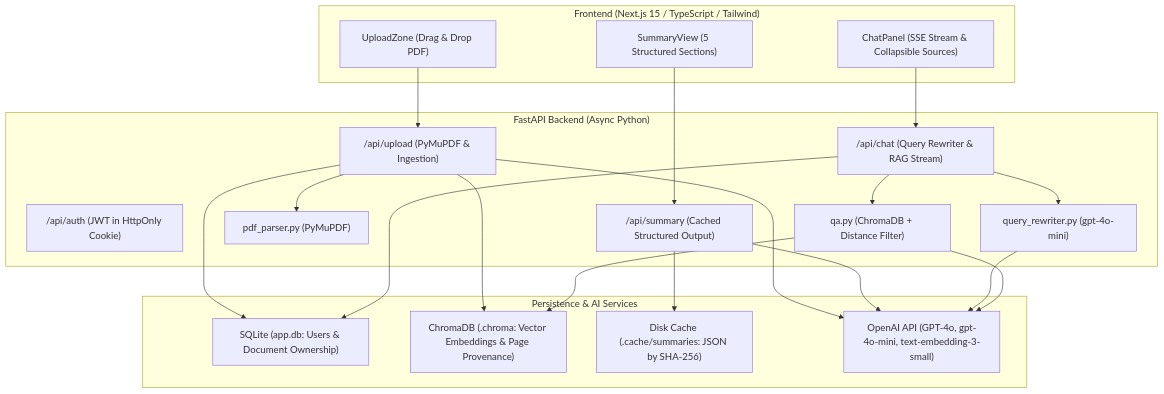
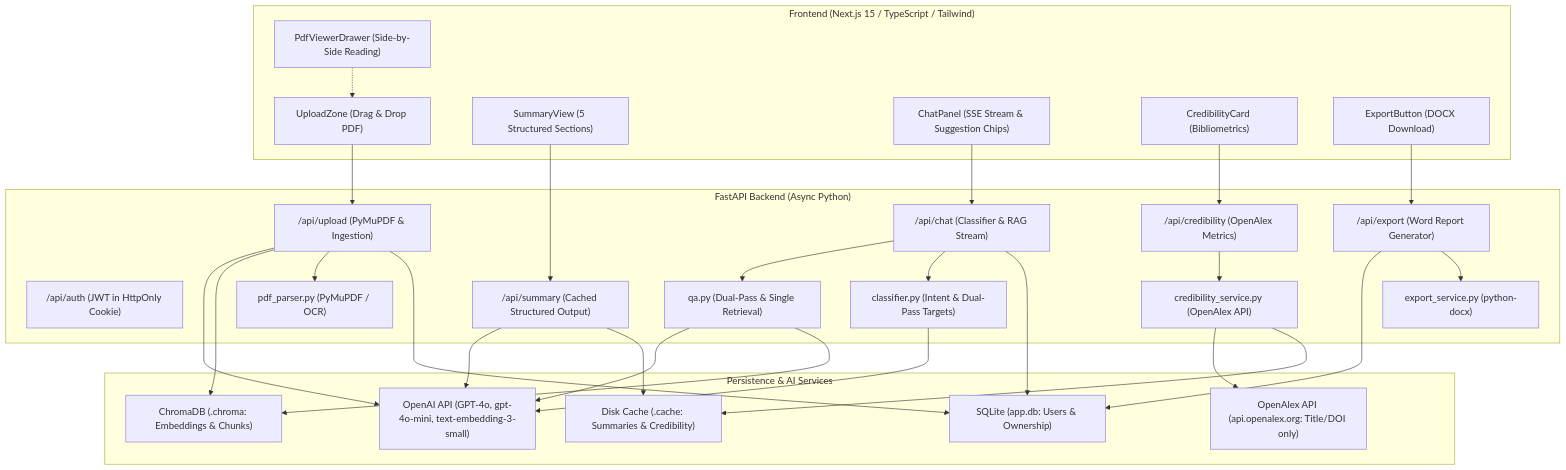
Before and after one commit to ManujanaR/Research-assistant: the first of 2 diagrams in README.md, drawn with Mermaid. The commit also changed other lines of this file, not shown here.

Commit message:
docs: update README with multi-section retrieval, architecture, and test counts

````diff
--- a/README.md
+++ b/README.md
@@ -57,45 +88,63 @@
 ```mermaid
 flowchart TD
     subgraph Frontend["Frontend (Next.js 15 / TypeScript / Tailwind)"]
         UI_Upload["UploadZone (Drag & Drop PDF)"]
         UI_Summary["SummaryView (5 Structured Sections)"]
-        UI_Chat["ChatPanel (SSE Stream & Collapsible Sources)"]
+        UI_Chat["ChatPanel (SSE Stream & Suggestion Chips)"]
+        UI_Drawer["PdfViewerDrawer (Side-by-Side Reading)"]
+        UI_Cred["CredibilityCard (Bibliometrics)"]
+        UI_Export["ExportButton (DOCX Download)"]
     end
 
     subgraph Backend["FastAPI Backend (Async Python)"]
         API_Auth["/api/auth (JWT in HttpOnly Cookie)"]
         API_Upload["/api/upload (PyMuPDF & Ingestion)"]
         API_Summary["/api/summary (Cached Structured Output)"]
-        API_Chat["/api/chat (Query Rewriter & RAG Stream)"]
+        API_Chat["/api/chat (Classifier & RAG Stream)"]
+        API_Export["/api/export (Word Report Generator)"]
+        API_Cred["/api/credibility (OpenAlex Metrics)"]
         
-        Service_Parser["pdf_parser.py (PyMuPDF)"]
-        Service_Rewriter["query_rewriter.py (gpt-4o-mini)"]
-        Service_QA["qa.py (ChromaDB + Distance Filter)"]
+        Service_Parser["pdf_parser.py (PyMuPDF / OCR)"]
+        Service_Classifier["classifier.py (Intent & Dual-Pass Targets)"]
+        Service_QA["qa.py (Dual-Pass & Single Retrieval)"]
+        Service_Export["export_service.py (python-docx)"]
+        Service_Cred["credibility_service.py (OpenAlex API)"]
     end
 
     subgraph Storage["Persistence & AI Services"]
-        DB_SQL["SQLite (app.db: Users & Document Ownership)"]
-        Chroma["ChromaDB (.chroma: Vector Embeddings & Page Provenance)"]
-        DiskCache["Disk Cache (.cache/summaries: JSON by SHA-256)"]
+        DB_SQL["SQLite (app.db: Users & Ownership)"]
+        Chroma["ChromaDB (.chroma: Embeddings & Chunks)"]
+        DiskCache["Disk Cache (.cache: Summaries & Credibility)"]
         OpenAI["OpenAI API (GPT-4o, gpt-4o-mini, text-embedding-3-small)"]
+        OpenAlex["OpenAlex API (api.openalex.org: Title/DOI only)"]
     end
 
     UI_Upload --> API_Upload
     UI_Summary --> API_Summary
     UI_Chat --> API_Chat
+    UI_Export --> API_Export
+    UI_Cred --> API_Cred
+    UI_Drawer -.-> UI_Upload
 
     API_Upload --> DB_SQL
     API_Upload --> Service_Parser
     API_Upload --> Chroma
     API_Upload --> OpenAI
 
     API_Summary --> DiskCache
     API_Summary --> OpenAI
 
     API_Chat --> DB_SQL
-    API_Chat --> Service_Rewriter
-    Service_Rewriter --> OpenAI
+    API_Chat --> Service_Classifier
+    Service_Classifier --> OpenAI
     API_Chat --> Service_QA
     Service_QA --> Chroma
     Service_QA --> OpenAI
+
+    API_Export --> Service_Export
+    API_Export --> DB_SQL
+
+    API_Cred --> Service_Cred
+    Service_Cred --> DiskCache
+    Service_Cred --> OpenAlex
 ```
````
